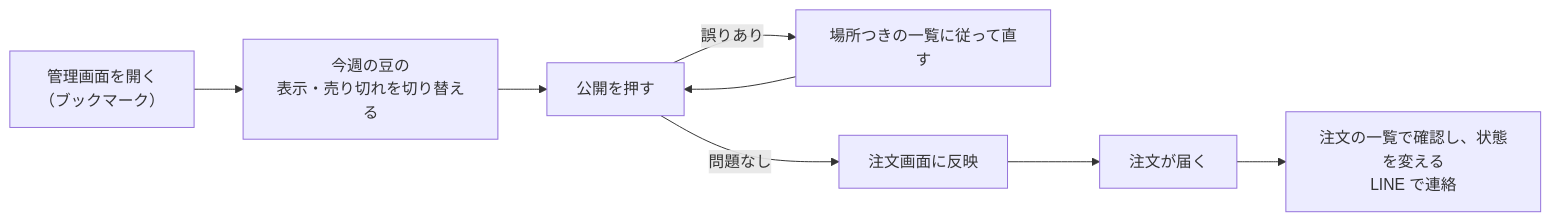
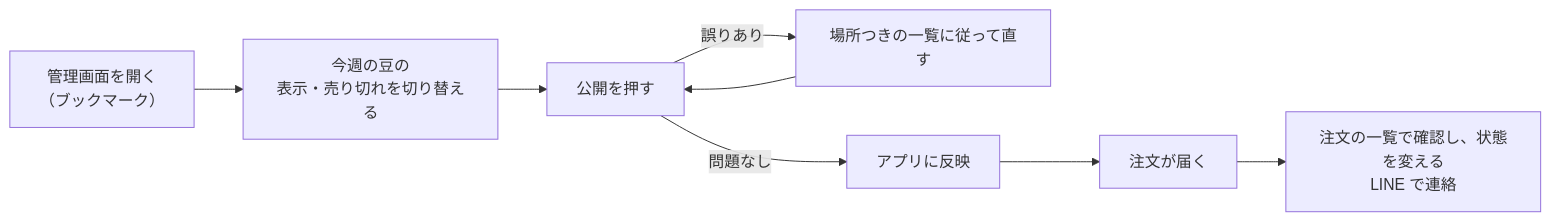
One commit to yuk-wq/ouca changed the diagram in docs/to-be/admin-requirements.md. Above: the diagram before and after it, drawn with Mermaid. The commit also changed other lines of this file, not shown here.

````diff
--- a/docs/to-be/admin-requirements.md
+++ b/docs/to-be/admin-requirements.md
@@ -54,9 +57,9 @@
 ```mermaid
 flowchart LR
   A["管理画面を開く<br/>（ブックマーク）"] --> B["今週の豆の<br/>表示・売り切れを切り替える"]
   B --> C["公開を押す"]
   C -->|"誤りあり"| D["場所つきの一覧に従って直す"] --> C
-  C -->|"問題なし"| E["注文画面に反映"]
+  C -->|"問題なし"| E["アプリに反映"]
   E --> F["注文が届く"]
   F --> G["注文の一覧で確認し、状態を変える<br/>LINE で連絡"]
 ```
````
